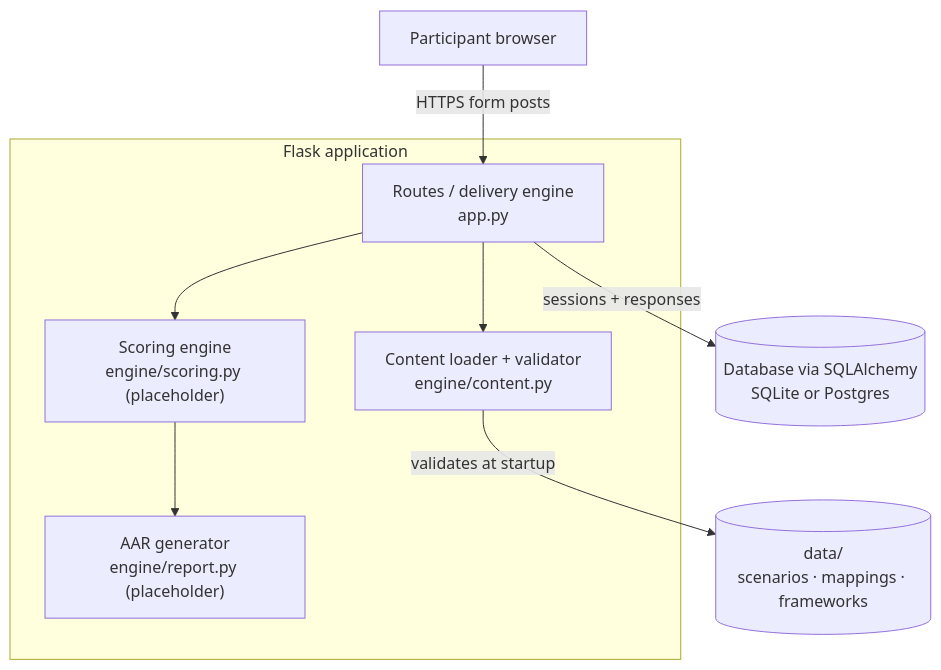
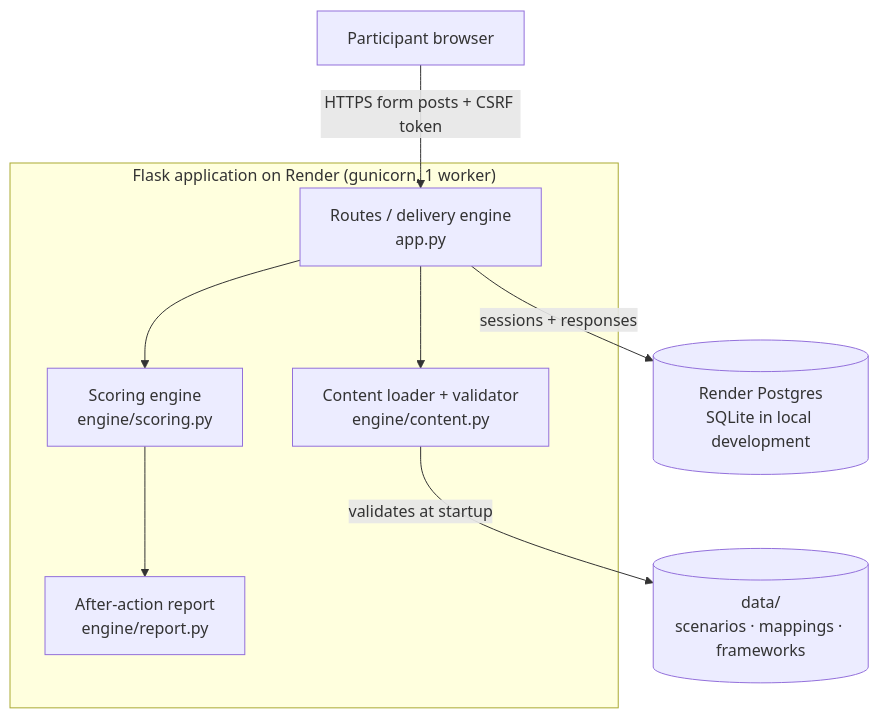
Before and after one commit to ojanetor/autogsesec: the diagram in docs/architecture.md, drawn with Mermaid. The commit also changed other lines of this file and 2 other files, not shown here.

Commit message:
Sync architecture, README, and engineering log with v0.3.0 (docs only)

````diff
--- a/docs/architecture.md
+++ b/docs/architecture.md
@@ -9,14 +9,14 @@
 ```mermaid
 flowchart TB
-    U["Participant browser"] -->|HTTPS form posts| R
-    subgraph F["Flask application"]
+    U["Participant browser"] -->|"HTTPS form posts + CSRF token"| R
+    subgraph F["Flask application on Render (gunicorn, 1 worker)"]
         R["Routes / delivery engine<br/>app.py"]
         C["Content loader + validator<br/>engine/content.py"]
-        S["Scoring engine<br/>engine/scoring.py (placeholder)"]
-        A["AAR generator<br/>engine/report.py (placeholder)"]
+        S["Scoring engine<br/>engine/scoring.py"]
+        A["After-action report<br/>engine/report.py"]
     end
     R --> C
     R --> S --> A
     C -->|validates at startup| J[("data/<br/>scenarios · mappings · frameworks")]
-    R -->|sessions + responses| D[("Database via SQLAlchemy<br/>SQLite or Postgres")]
+    R -->|sessions + responses| D[("Render Postgres<br/>SQLite in local development")]
 ```
````
